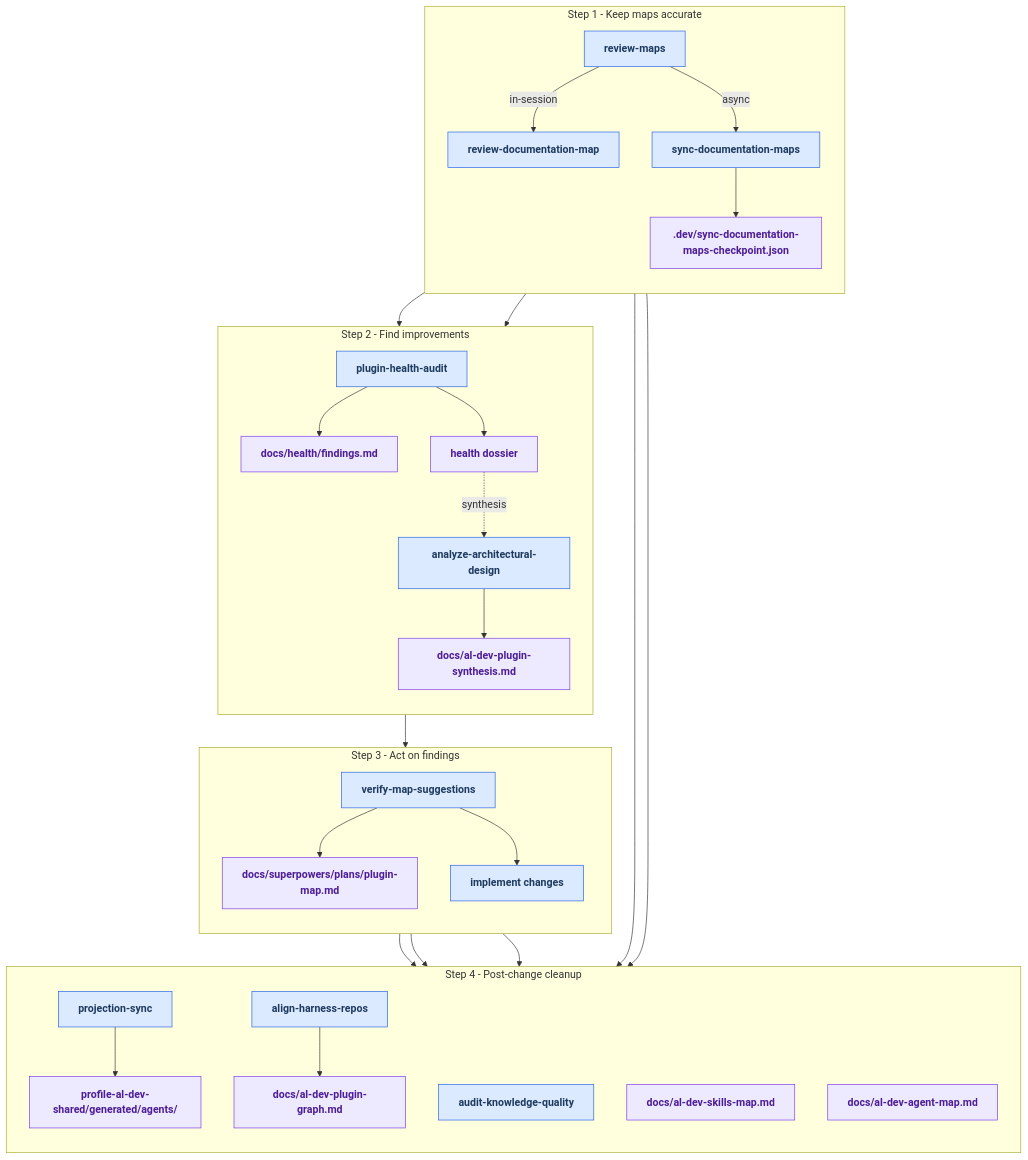
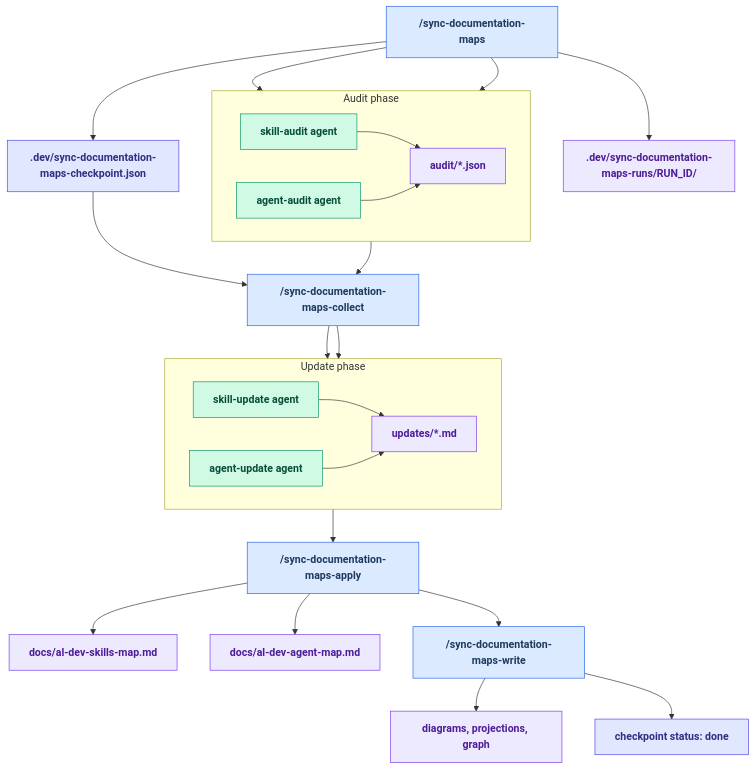
Before and after one commit to russell-laing/al-dev-shared: the second of 2 diagrams in docs/maintainer-tooling.md, drawn with Mermaid. The commit also changed other lines of this file and 4 other files, not shown here.

First line of the commit message:
docs(health): land post-fix re-sweep dossiers; refresh maintainer-tooling loop

````diff
--- a/docs/maintainer-tooling.md
+++ b/docs/maintainer-tooling.md
@@ -178,67 +114,58 @@
 ```mermaid
 flowchart TD
-    %% Class Definitions
     classDef skill fill:#dbeafe,stroke:#2563eb,color:#1e3a5f,font-weight:bold
     classDef agent fill:#d1fae5,stroke:#059669,color:#064e3b,font-weight:bold
     classDef artifact fill:#ede9fe,stroke:#7c3aed,color:#4c1d95,font-weight:bold
+    classDef checkpoint fill:#e0e7ff,stroke:#4f46e5,color:#312e81,font-weight:bold
 
-    subgraph STEP1["Step 1 - Keep maps accurate"]
-        direction TB
-        RM[review-maps]
-        RDM[review-documentation-map]
-        SDM[sync-documentation-maps]
-        CHECKPOINT[".dev/sync-documentation-maps-checkpoint.json"]
+    START["/sync-documentation-maps"]
+    CHECKPOINT[".dev/sync-documentation-maps-checkpoint.json"]
+    RUNDIR[".dev/sync-documentation-maps-runs/RUN_ID/"]
+
+    subgraph AUDIT["Audit phase"]
+        direction LR
+        SKILLAUDIT["skill-audit agent"]
+        AGENTAUDIT["agent-audit agent"]
+        AUDITJSON["audit/*.json"]
     end
 
-    subgraph STEP2["Step 2 - Find improvements"]
-        direction TB
-        PHA[plugin-health-audit]
-        FINDINGS["docs/health/findings.md"]
-        DOSSIER[health dossier]
-        AAD[analyze-architectural-design]
-        SYN["docs/al-dev-plugin-synthesis.md"]
+    COLLECT["/sync-documentation-maps-collect"]
+
+    subgraph UPDATE["Update phase"]
+        direction LR
+        SKILLUPDATE["skill-update agent"]
+        AGENTUPDATE["agent-update agent"]
+        UPDATEFILES["updates/*.md"]
     end
 
-    subgraph STEP3["Step 3 - Act on findings"]
-        direction TB
-        AMSV[verify-map-suggestions]
-        PLAN["docs/superpowers/plans/plugin-map.md"]
-        IMPL[implement changes]
-    end
+    APPLY["/sync-documentation-maps-apply"]
+    SKILLMAP["docs/al-dev-skills-map.md"]
+    AGENTMAP["docs/al-dev-agent-map.md"]
+    WRITE["/sync-documentation-maps-write"]
+    GENERATED["diagrams, projections, graph"]
+    DONE["checkpoint status: done"]
 
-    subgraph STEP4["Step 4 - Post-change cleanup"]
-        direction TB
-        PS[projection-sync]
-        AHR[align-harness-repos]
-        AKQ[audit-knowledge-quality]
-        PROJ["profile-al-dev-shared/generated/agents/"]
-        GRAPH["docs/al-dev-plugin-graph.md"]
-        SKILLMAP["docs/al-dev-skills-map.md"]
-        AGENTMAP["docs/al-dev-agent-map.md"]
-    end
+    START --> CHECKPOINT
+    START --> RUNDIR
+    START --> SKILLAUDIT
+    START --> AGENTAUDIT
+    SKILLAUDIT --> AUDITJSON
+    AGENTAUDIT --> AUDITJSON
+    AUDITJSON --> COLLECT
+    CHECKPOINT --> COLLECT
+    COLLECT --> SKILLUPDATE
+    COLLECT --> AGENTUPDATE
+    SKILLUPDATE --> UPDATEFILES
+    AGENTUPDATE --> UPDATEFILES
+    UPDATEFILES --> APPLY
+    APPLY --> SKILLMAP
+    APPLY --> AGENTMAP
+    APPLY --> WRITE
+    WRITE --> GENERATED
+    WRITE --> DONE
 
-    %% Connections
-    RM -->|in-session| RDM
-    RM -->|async| SDM
-    RDM --> PHA
-    SDM --> CHECKPOINT
-    SDM --> PHA
-    PHA --> FINDINGS
-    PHA --> DOSSIER
-    DOSSIER -. synthesis .-> AAD
-    DOSSIER --> AMSV
-    AAD --> SYN
-    AMSV --> PLAN
-    AMSV --> IMPL
-    IMPL --> PS
-    IMPL --> AHR
-    IMPL --> AKQ
-    PS --> PROJ
-    AHR --> GRAPH
-    SDM --> SKILLMAP
-    SDM --> AGENTMAP
-
-    %% Apply Styles
-    class RM,RDM,SDM,PHA,AAD,AMSV,IMPL,PS,AHR,AKQ skill
-    class FINDINGS,SYN,PLAN,CHECKPOINT,PROJ,GRAPH,SKILLMAP,AGENTMAP,DOSSIER artifact
+    class START,COLLECT,APPLY,WRITE skill
+    class SKILLAUDIT,AGENTAUDIT,SKILLUPDATE,AGENTUPDATE agent
+    class RUNDIR,AUDITJSON,UPDATEFILES,SKILLMAP,AGENTMAP,GENERATED artifact
+    class CHECKPOINT,DONE checkpoint
 ```
````
